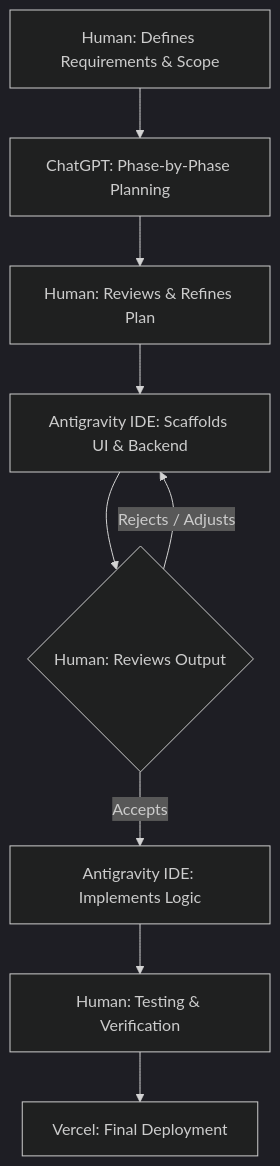
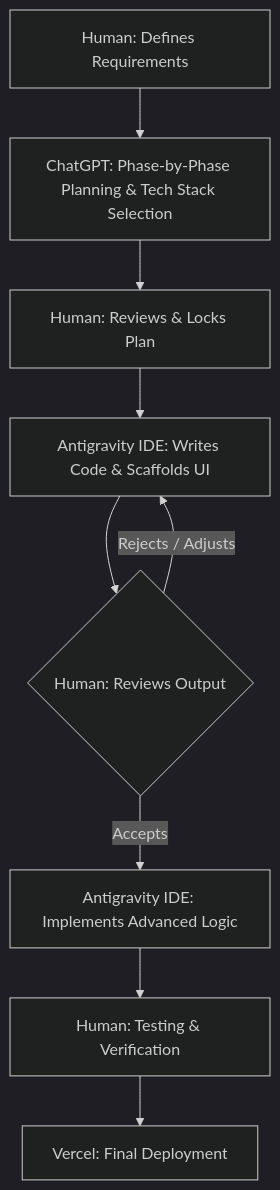
The diagram in ai-workflow.md (pratik-71/Ajaia-Assignment), drawn with Mermaid (dark theme) before and after one commit. The commit also changed other lines of this file and 2 other files, not shown here.

````diff
--- a/ai-workflow.md
+++ b/ai-workflow.md
@@ -26,11 +26,11 @@
 ```mermaid
 graph TD
-    A[Human: Defines Requirements & Scope] --> B[ChatGPT: Phase-by-Phase Planning]
-    B --> C[Human: Reviews & Refines Plan]
-    C --> D[Antigravity IDE: Scaffolds UI & Backend]
+    A[Human: Defines Requirements] --> B[ChatGPT: Phase-by-Phase Planning & Tech Stack Selection]
+    B --> C[Human: Reviews & Locks Plan]
+    C --> D[Antigravity IDE: Writes Code & Scaffolds UI]
     D --> E{Human: Reviews Output}
-    E -- Accepts --> F[Antigravity IDE: Implements Logic]
+    E -- Accepts --> F[Antigravity IDE: Implements Advanced Logic]
     E -- Rejects / Adjusts --> D
     F --> G[Human: Testing & Verification]
     G --> H[Vercel: Final Deployment]
 ``` 
````
